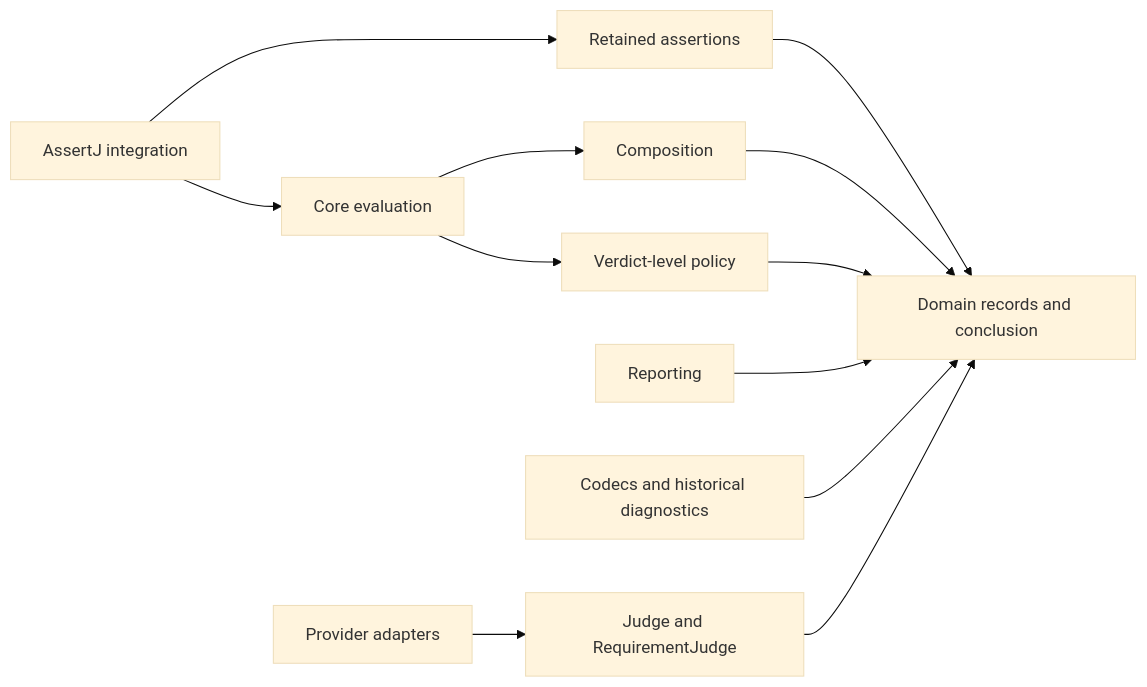
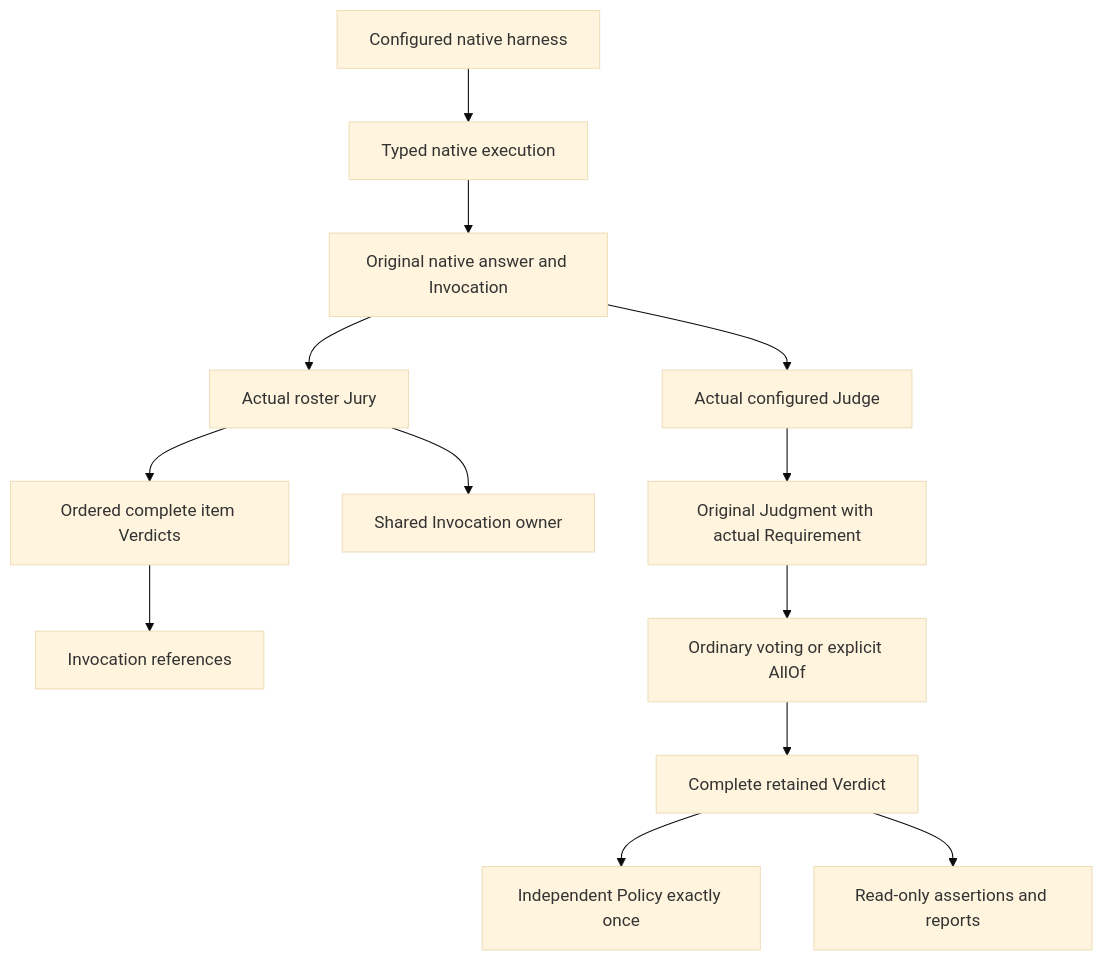
The second of 3 diagrams in domain-model.md (markpollack/agent-judge), drawn with Mermaid (base theme) before and after one commit. The commit also changed other lines of this file and 254 other files, not shown here.

````diff
--- a/domain-model.md
+++ b/domain-model.md
@@ -182,14 +48,15 @@
 ```mermaid
-flowchart LR
-    Fluent[AssertJ integration] --> Assertions[Retained assertions]
-    Fluent --> Evaluation[Core evaluation]
-    Assertions --> Domain[Domain records and conclusion]
-    Evaluation --> Composition[Composition]
-    Evaluation --> Policy[Verdict-level policy]
-    Composition --> Domain
-    Policy --> Domain
-    Reporting[Reporting] --> Domain
-    Storage[Codecs and historical diagnostics] --> Domain
-    Providers[Provider adapters] --> Inputs[Judge and RequirementJudge]
-    Inputs --> Domain
+flowchart TB
+    Native[Configured native harness] --> Protocol[Typed native execution]
+    Protocol --> Answer[Original native answer and Invocation]
+    Answer --> Judge[Actual configured Judge]
+    Answer --> Roster[Actual roster Jury]
+    Roster --> Items[Ordered complete item Verdicts]
+    Roster --> Owner[Shared Invocation owner]
+    Items --> Refs[Invocation references]
+    Judge --> Judgment[Original Judgment with actual Requirement]
+    Judgment --> Voting[Ordinary voting or explicit AllOf]
+    Voting --> Verdict[Complete retained Verdict]
+    Verdict --> Policy[Independent Policy exactly once]
+    Verdict --> Report[Read-only assertions and reports]
 ```
````
